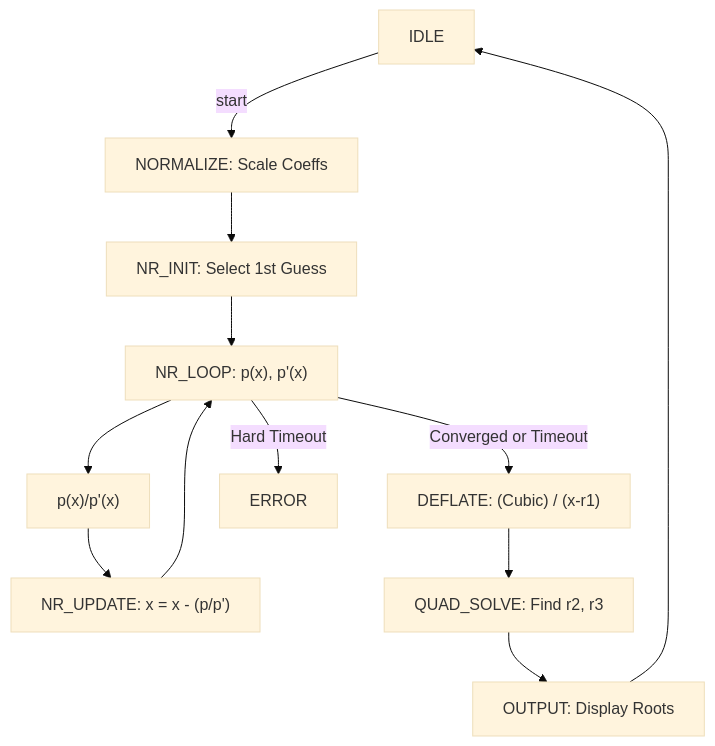
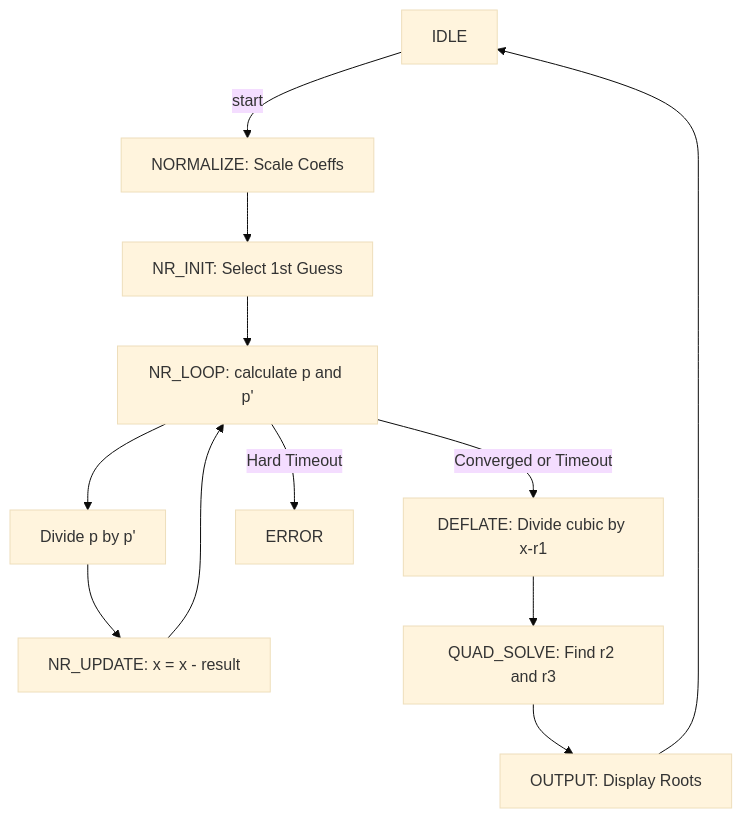
One commit to Yxiang-828/EE2026-Project-Vivado changed the fifth of 5 diagrams in README.md. Above: the diagram before and after it, drawn with Mermaid (base theme). The commit also changed other lines of this file, not shown here.

First line of the commit message:
Restructure first Mermaid diagram for better clarity

````diff
--- a/README.md
+++ b/README.md
@@ -203,14 +210,14 @@
 ```mermaid
 graph TD
     IDLE -->|start| NORMALIZE[NORMALIZE: Scale Coeffs]
     NORMALIZE --> NR_INIT[NR_INIT: Select 1st Guess]
-    NR_INIT --> NR_LOOP["NR_LOOP: p(x), p'(x)"]
-    NR_LOOP --> NR_DIV["p(x)/p'(x)"]
-    NR_DIV --> NR_UPDATE["NR_UPDATE: x = x - (p/p')"]
+    NR_INIT --> NR_LOOP[NR_LOOP: calculate p and p']
+    NR_LOOP --> NR_DIV[Divide p by p']
+    NR_DIV --> NR_UPDATE[NR_UPDATE: x = x - result]
     NR_UPDATE --> NR_LOOP
-    NR_LOOP -- "Converged or Timeout" --> DEFLATE["DEFLATE: (Cubic) / (x-r1)"]
-    NR_LOOP -- "Hard Timeout" --> ERROR
-    DEFLATE --> QUAD_SOLVE[QUAD_SOLVE: Find r2, r3]
+    NR_LOOP -->|Converged or Timeout| DEFLATE[DEFLATE: Divide cubic by x-r1]
+    NR_LOOP -->|Hard Timeout| ERROR[ERROR]
+    DEFLATE --> QUAD_SOLVE[QUAD_SOLVE: Find r2 and r3]
     QUAD_SOLVE --> OUTPUT[OUTPUT: Display Roots]
     OUTPUT --> IDLE
 ```
````
